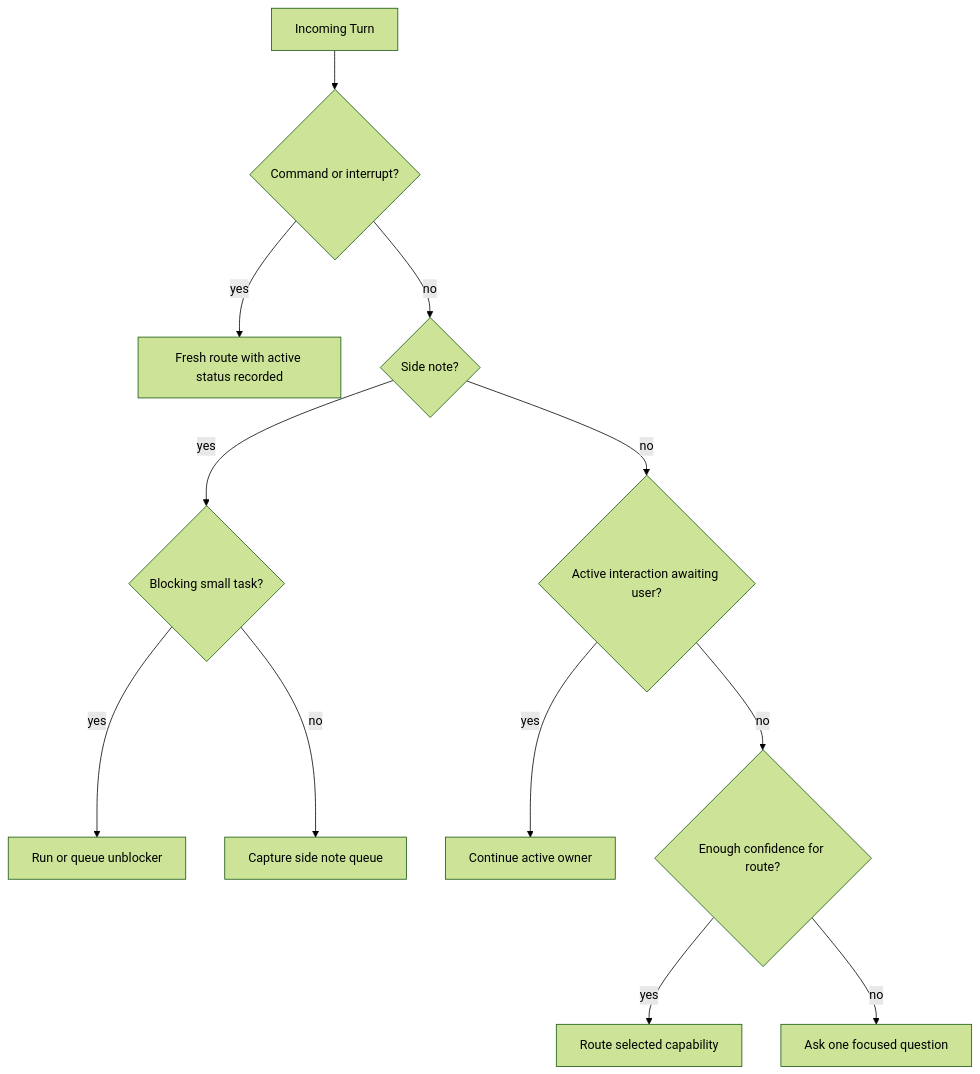
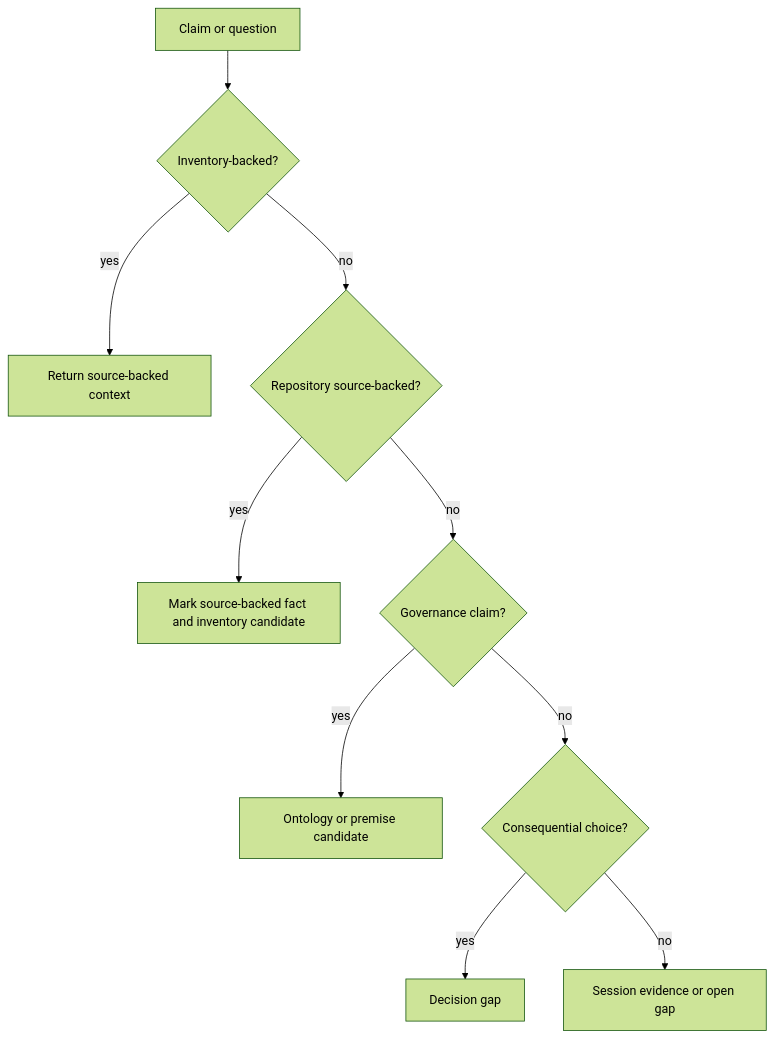
One commit to cyberAlchemyAI/Arcanum changed the fifth of 5 diagrams in spells/necronomicon/development/DESIGN.md. Above: the diagram before and after it, drawn with Mermaid (forest theme). The commit also changed other lines of this file and 16 other files, not shown here.

````diff
--- a/spells/necronomicon/development/DESIGN.md
+++ b/spells/necronomicon/development/DESIGN.md
@@ -141,14 +130,12 @@
 ```mermaid
 graph TD
-    D1[Incoming Turn] --> D2{Command or interrupt?}
-    D2 -->|yes| R1[Fresh route with active status recorded]
-    D2 -->|no| D3{Side note?}
-    D3 -->|yes| D4{Blocking small task?}
-    D4 -->|yes| R2[Run or queue unblocker]
-    D4 -->|no| R3[Capture side note queue]
-    D3 -->|no| D5{Active interaction awaiting user?}
-    D5 -->|yes| R4[Continue active owner]
-    D5 -->|no| D6{Enough confidence for route?}
-    D6 -->|yes| R5[Route selected capability]
-    D6 -->|no| R6[Ask one focused question]
+    D1[Claim or question] --> D2{Inventory-backed?}
+    D2 -->|yes| R1[Return source-backed context]
+    D2 -->|no| D3{Repository source-backed?}
+    D3 -->|yes| R2[Mark source-backed fact and inventory candidate]
+    D3 -->|no| D4{Governance claim?}
+    D4 -->|yes| R3[Ontology or premise candidate]
+    D4 -->|no| D5{Consequential choice?}
+    D5 -->|yes| R4[Decision gap]
+    D5 -->|no| R5[Session evidence or open gap]
 ```
````
